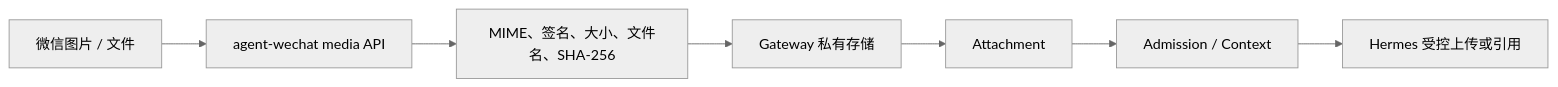
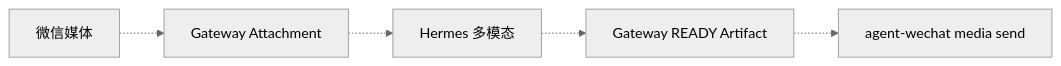
Before and after one commit to Tangbohu09527/CF_ecommerce-automation-docs: the second of 2 diagrams in architecture/wechat-hermes-integration.md, drawn with Mermaid (neutral theme). The commit also changed other lines of this file and 17 other files, not shown here.

Commit message:
docs: align current architecture and component status

````diff
--- a/architecture/wechat-hermes-integration.md
+++ b/architecture/wechat-hermes-integration.md
@@ -93,9 +49,7 @@
 ```mermaid
 flowchart LR
-    WX["微信图片 / 文件"] --> API["agent-wechat media API"]
-    API --> V["MIME、签名、大小、文件名、SHA-256"]
-    V --> PS["Gateway 私有存储"]
-    PS --> ATT["Attachment"]
-    ATT --> AD["Admission / Context"]
-    AD --> H["Hermes 受控上传或引用"]
+    M["微信媒体"] -.-> ATT["Gateway Attachment"]
+    ATT -.-> H["Hermes 多模态"]
+    H -.-> ART["Gateway READY Artifact"]
+    ART -.-> AW["agent-wechat media send"]
 ```
````
